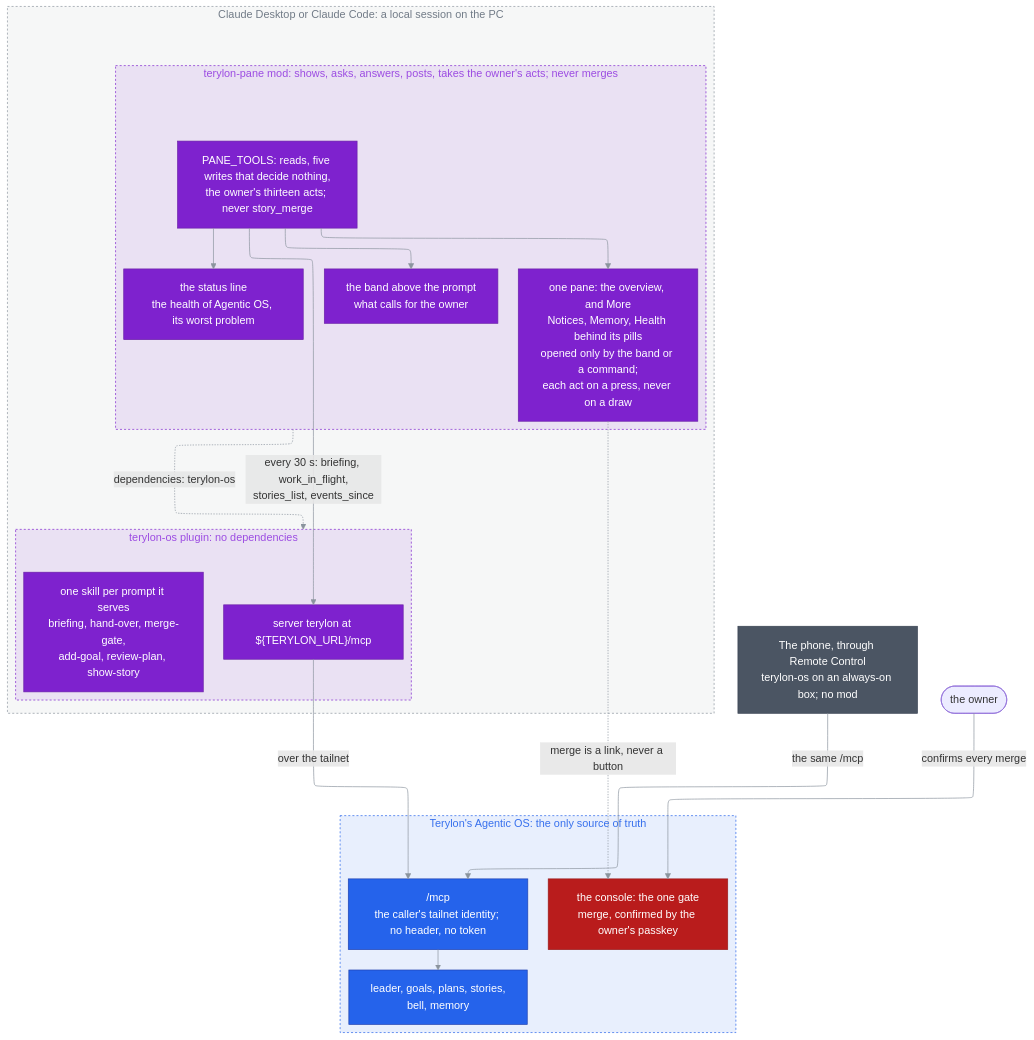
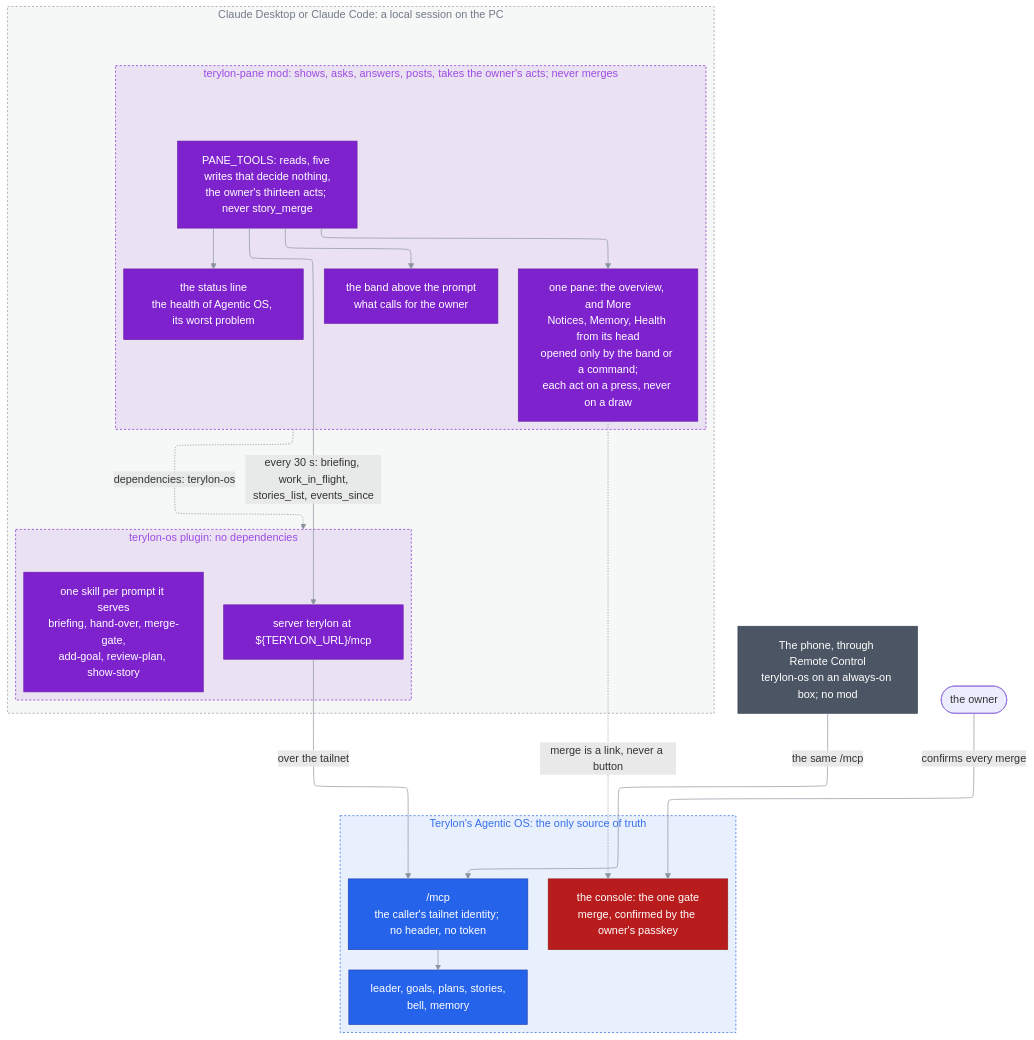
The second of 2 diagrams in docs/architecture/README.md (janecekvit/terylon-marketplace), drawn with Mermaid before and after one commit. The commit also changed 5 other files, not shown here.

Commit message:
terylon-pane 1.20.0: mutations for test mode, the row's Approve and the badge, moved anchors repaired; the documents say the head, Notices and test mode

````diff
--- a/docs/architecture/README.md
+++ b/docs/architecture/README.md
@@ -107,72 +107,72 @@
 ```mermaid
 flowchart TD
 %%{init: {"layout": "elk", "flowchart": {"padding": 16}}}%%
 %% terylon-os and its mod terylon-pane: how a session reaches Terylon's Agentic OS, the owner's
 %% acts the pane takes on their cards, and why merge, the one gate, stays in the console.
 %% The source of truth is this block: edit it here; nothing is generated from it.
 %% Why every surface goes through the one /mcp: one-source-of-truth-reached-from-two-places.md.
     %% One colour per kind, the palette of .claude/rules/markdown.md: Terylon's own plugins (purple),
     %% Agentic OS (blue), the gate (red), the phone (grey); the owner takes the theme's.
     %% No theme is set, so GitHub draws the block in its light or dark theme.
     classDef terylon fill:#7E22CE,stroke:#6B21A8,color:#FFFFFF
     classDef service fill:#2563EB,stroke:#1E40AF,color:#FFFFFF
     classDef gate fill:#B91C1C,stroke:#991B1B,color:#FFFFFF
     classDef external fill:#4B5563,stroke:#374151,color:#FFFFFF
 
     subgraph session ["Claude Desktop or Claude Code: a local session on the PC"]
         subgraph os ["terylon-os plugin: no dependencies"]
             %% The variable is drawn as written: Mermaid substitutes nothing inside a label.
             server["server terylon at ${TERYLON_URL}/mcp"]:::terylon
             skills["`one skill per prompt it serves
 briefing, hand-over, merge-gate,
 add-goal, review-plan, show-story`"]:::terylon
         end
 
         subgraph pane ["terylon-pane mod: shows, asks, answers, posts, takes the owner's acts; never merges"]
             allowList["`PANE_TOOLS: reads, five writes that decide nothing,
 the owner's thirteen acts; never story_merge`"]:::terylon
             band["`the band above the prompt
 what calls for the owner`"]:::terylon
             statusLine["`the status line
 the health of Agentic OS, its worst problem`"]:::terylon
             tabs["`one pane: the overview, and More
-Notices, Memory, Health behind its pills
+Notices, Memory, Health from its head
 opened only by the band or a command;
 each act on a press, never on a draw`"]:::terylon
         end
     end
 
     phone["`The phone, through Remote Control
 terylon-os on an always-on box; no mod`"]:::external
 
     subgraph terylon ["Terylon's Agentic OS: the only source of truth"]
         mcp["`/mcp
 the caller's tailnet identity; no header, no token`"]:::service
         leader["`leader, goals, plans, stories,
 bell, memory`"]:::service
         console["`the console: the one gate
 merge, confirmed by the owner's passkey`"]:::gate
     end
 
     %% No class: the theme colours the owner, so it stays readable in light and dark mode alike.
     person(["the owner"])
 
     pane -.->|"dependencies: terylon-os"| os
     server -->|"over the tailnet"| mcp
     allowList -->|"`every 30 s: briefing, work_in_flight,
 stories_list, events_since`"| server
     allowList --> band
     allowList --> statusLine
     allowList --> tabs
     tabs -.->|"merge is a link, never a button"| console
     phone -->|"the same /mcp"| mcp
     mcp --> leader
     person -->|"confirms every merge"| console
 
     %% The session is the large area, so its fill is the fainter 14.
     style session fill:#8B949E14,stroke:#8B949E,color:#717B87,stroke-dasharray:3 3
     style os fill:#7E22CE1A,stroke:#7E22CE,color:#9C4CE2,stroke-dasharray:3 3
     style pane fill:#7E22CE1A,stroke:#7E22CE,color:#9C4CE2,stroke-dasharray:3 3
     style terylon fill:#2563EB1A,stroke:#2563EB,color:#3770ED,stroke-dasharray:3 3
     linkStyle default stroke:#8B949E
 ```
````
